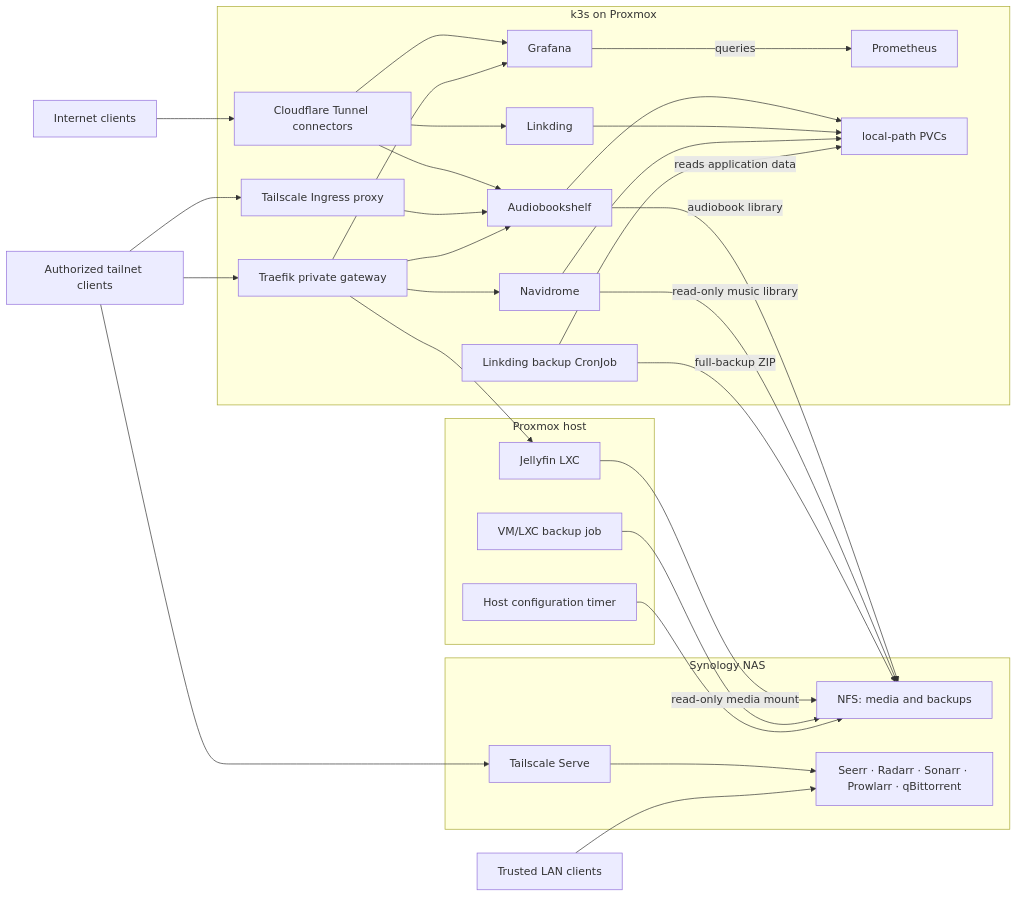
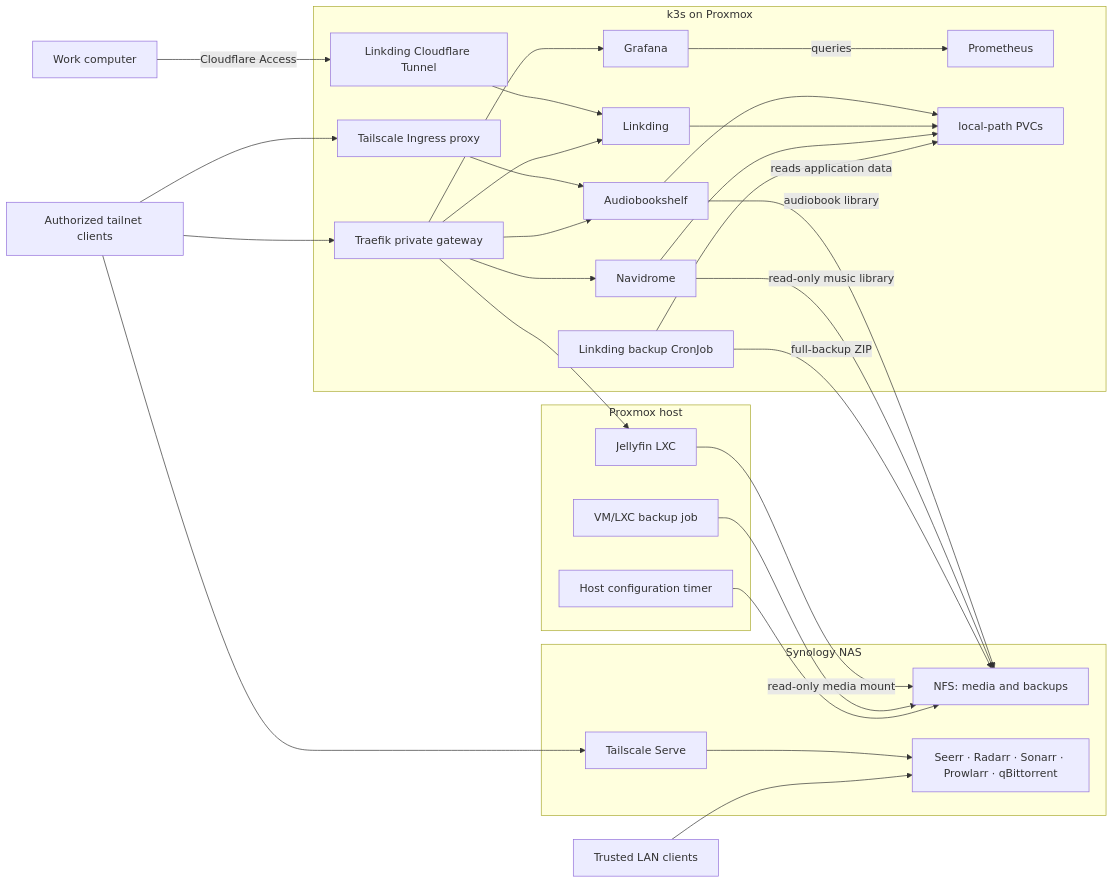
Before and after one commit to vitaly-guzun/homelab: the second of 2 diagrams in README.md, drawn with Mermaid. The commit also changed other lines of this file and 10 other files, not shown here.

Commit message:
Remove cloudflare tuunels for audiobookshelf

````diff
--- a/README.md
+++ b/README.md
@@ -81,56 +81,54 @@
 ```mermaid
 flowchart LR
-    Internet["Internet clients"]
+    WorkComputer["Work computer"]
     Tailnet["Authorized tailnet clients"]
     LAN["Trusted LAN clients"]
 
     subgraph K3s["k3s on Proxmox"]
-        Cloudflared["Cloudflare Tunnel connectors"]
+        Cloudflared["Linkding Cloudflare Tunnel"]
         TSIngress["Tailscale Ingress proxy"]
         Gateway["Traefik private gateway"]
         Audiobookshelf["Audiobookshelf"]
         Linkding["Linkding"]
         Navidrome["Navidrome"]
         Grafana["Grafana"]
         Prometheus["Prometheus"]
         LocalPVC["local-path PVCs"]
         LinkdingBackup["Linkding backup CronJob"]
     end
 
     subgraph Proxmox["Proxmox host"]
         Jellyfin["Jellyfin LXC"]
         GuestBackup["VM/LXC backup job"]
         ConfigBackup["Host configuration timer"]
     end
 
     subgraph NAS["Synology NAS"]
         NFS["NFS: media and backups"]
         Media["Seerr · Radarr · Sonarr · Prowlarr · qBittorrent"]
         TSServe["Tailscale Serve"]
     end
 
-    Internet --> Cloudflared
-    Cloudflared --> Audiobookshelf
-    Cloudflared --> Linkding
-    Cloudflared --> Grafana
+    WorkComputer -->|"Cloudflare Access"| Cloudflared --> Linkding
     Tailnet --> TSIngress
     TSIngress --> Audiobookshelf
     Tailnet --> Gateway
     Gateway --> Audiobookshelf
+    Gateway --> Linkding
     Gateway --> Navidrome
     Gateway --> Grafana
     Gateway --> Jellyfin
     Tailnet --> TSServe --> Media
     LAN --> Media
     Audiobookshelf --> LocalPVC
     Linkding --> LocalPVC
     Navidrome --> LocalPVC
     Audiobookshelf -->|"audiobook library"| NFS
     Navidrome -->|"read-only music library"| NFS
     Grafana -->|"queries"| Prometheus
     Jellyfin -->|"read-only media mount"| NFS
     LinkdingBackup -->|"reads application data"| LocalPVC
     LinkdingBackup -->|"full-backup ZIP"| NFS
     GuestBackup --> NFS
     ConfigBackup --> NFS
 ```
````
